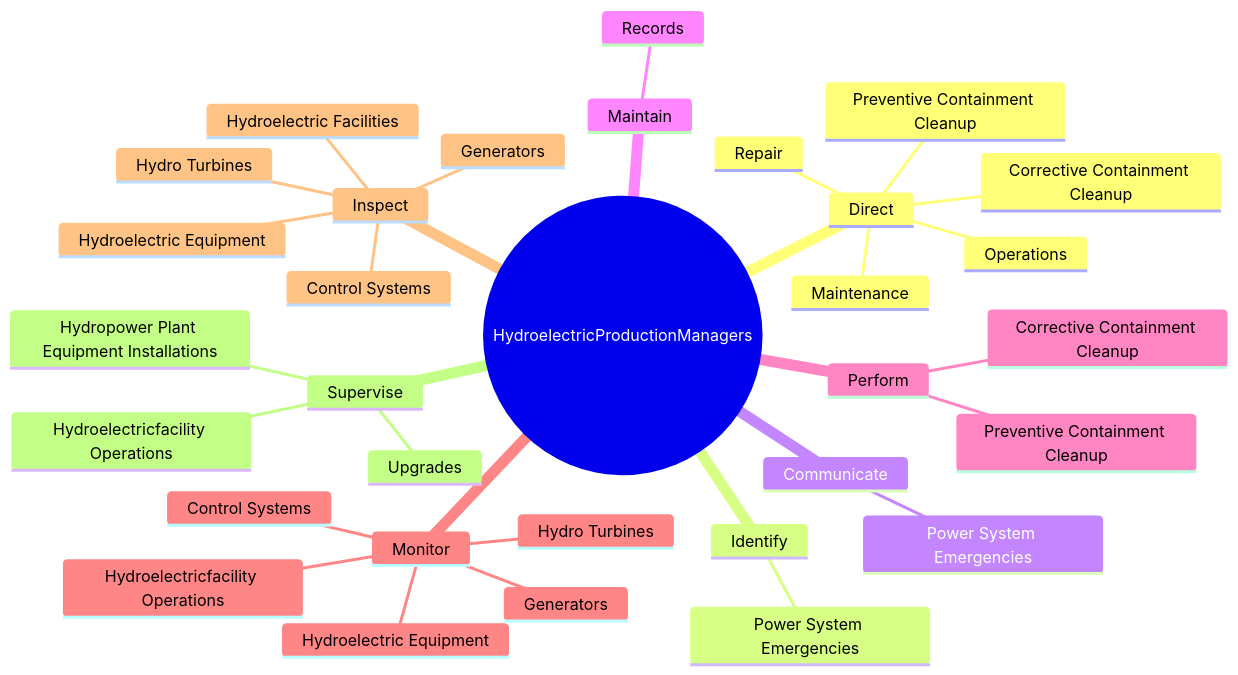
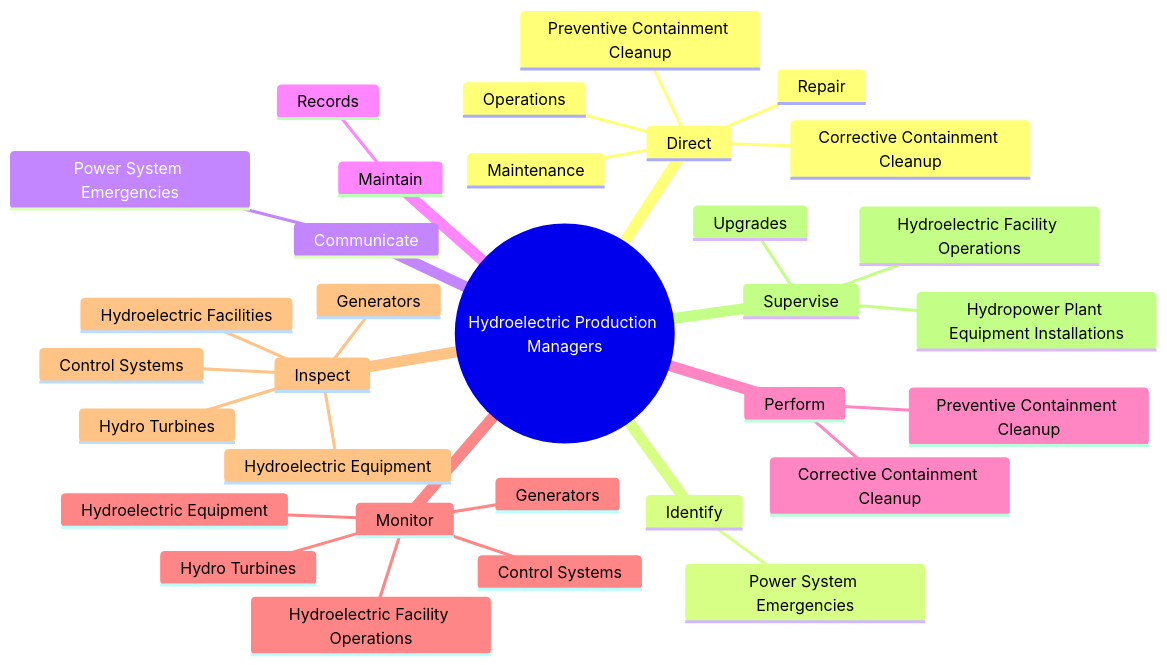
Before and after one commit to kziemski/business.org.ai: the second of 4 diagrams in occupations/Management/HydroelectricProductionManagers.mdx, drawn with Mermaid. The commit also changed other lines of this file and 938 other files, not shown here.

````diff
--- a/occupations/Management/HydroelectricProductionManagers.mdx
+++ b/occupations/Management/HydroelectricProductionManagers.mdx
@@ -38,35 +46,35 @@
 ```mermaid
 mindmap
-    root(("HydroelectricProductionManagers"))
+    root(("Hydroelectric Production Managers"))
         Direct
             Operations
             Maintenance
             Repair
             Preventive Containment Cleanup
             Corrective Containment Cleanup
         Identify
             Power System Emergencies
         Communicate
             Power System Emergencies
         Maintain
             Records
         Perform
             Preventive Containment Cleanup
             Corrective Containment Cleanup
         Monitor
             Hydroelectric Equipment
             Hydro Turbines
             Generators
             Control Systems
-            Hydroelectricfacility Operations
+            Hydroelectric Facility Operations
         Inspect
             Hydroelectric Equipment
             Hydro Turbines
             Generators
             Control Systems
             Hydroelectric Facilities
         Supervise
-            Hydroelectricfacility Operations
+            Hydroelectric Facility Operations
             Hydropower Plant Equipment Installations
             Upgrades
 ```
````
